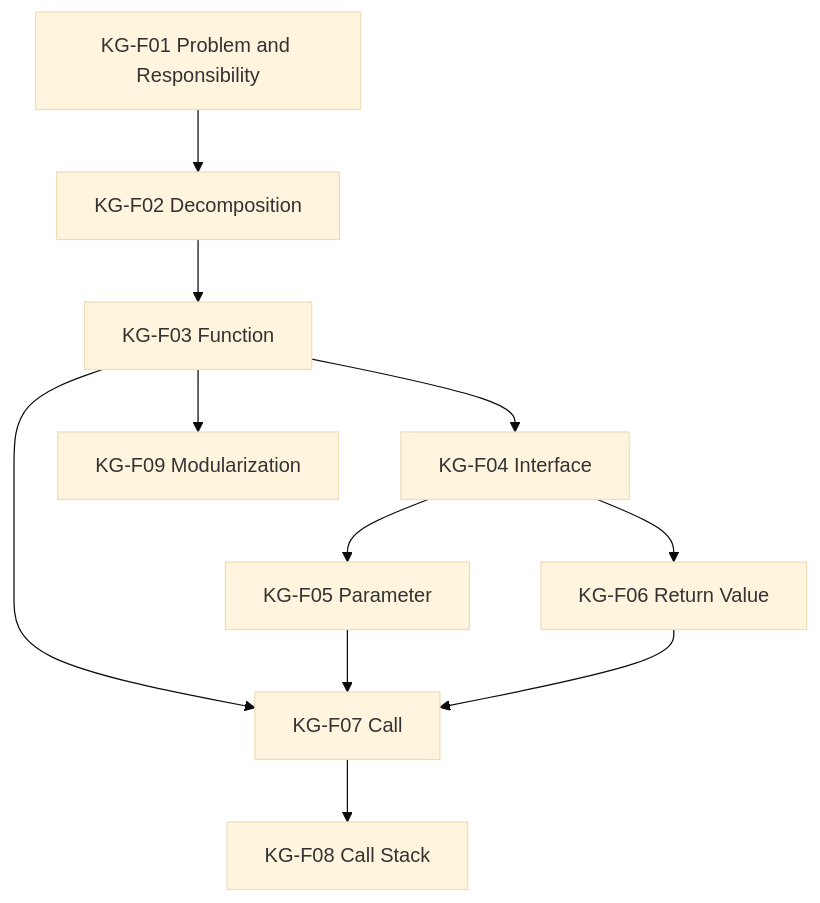
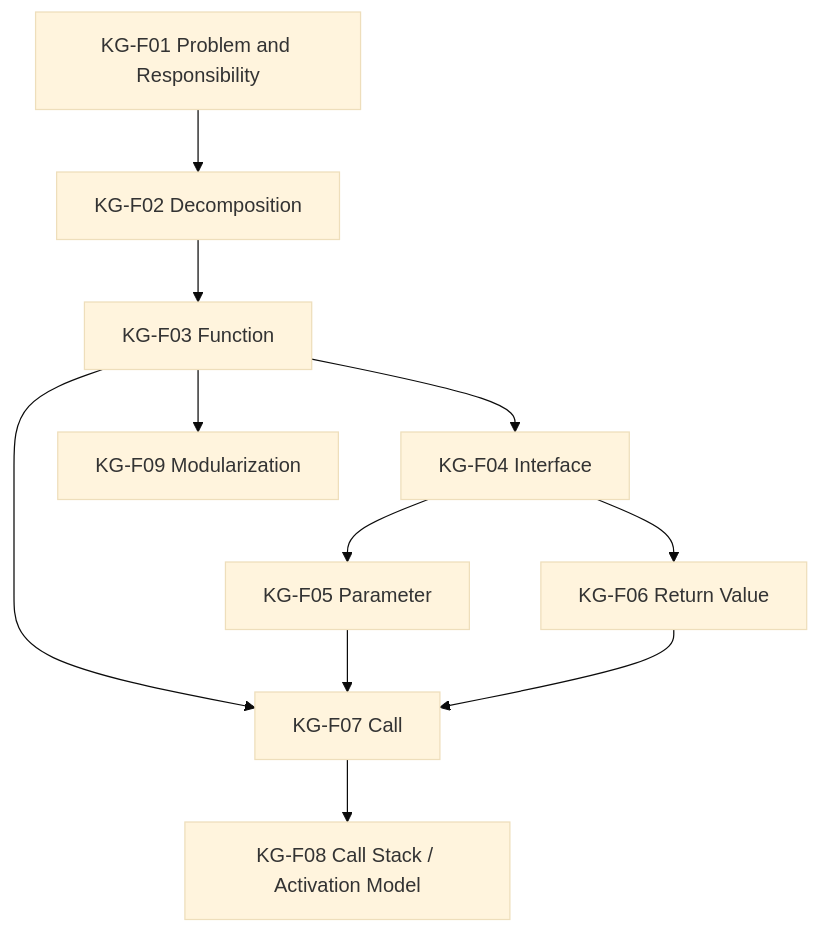
The fifth of 9 diagrams in design/04-programming-language-knowledge-graph.en.md (inred329/summer_pre_course_2026), drawn with Mermaid (base theme) before and after one commit. The commit also changed other lines of this file and 104 other files, not shown here.

````diff
--- a/design/04-programming-language-knowledge-graph.en.md
+++ b/design/04-programming-language-knowledge-graph.en.md
@@ -150,13 +157,13 @@
 ```mermaid
 flowchart TD
     F01[KG-F01 Problem and Responsibility] --> F02[KG-F02 Decomposition]
     F02 --> F03[KG-F03 Function]
     F03 --> F04[KG-F04 Interface]
     F04 --> F05[KG-F05 Parameter]
     F04 --> F06[KG-F06 Return Value]
     F03 --> F07[KG-F07 Call]
     F05 --> F07
     F06 --> F07
-    F07 --> F08[KG-F08 Call Stack]
+    F07 --> F08[KG-F08 Call Stack / Activation Model]
     F03 --> F09[KG-F09 Modularization]
 ```
````
